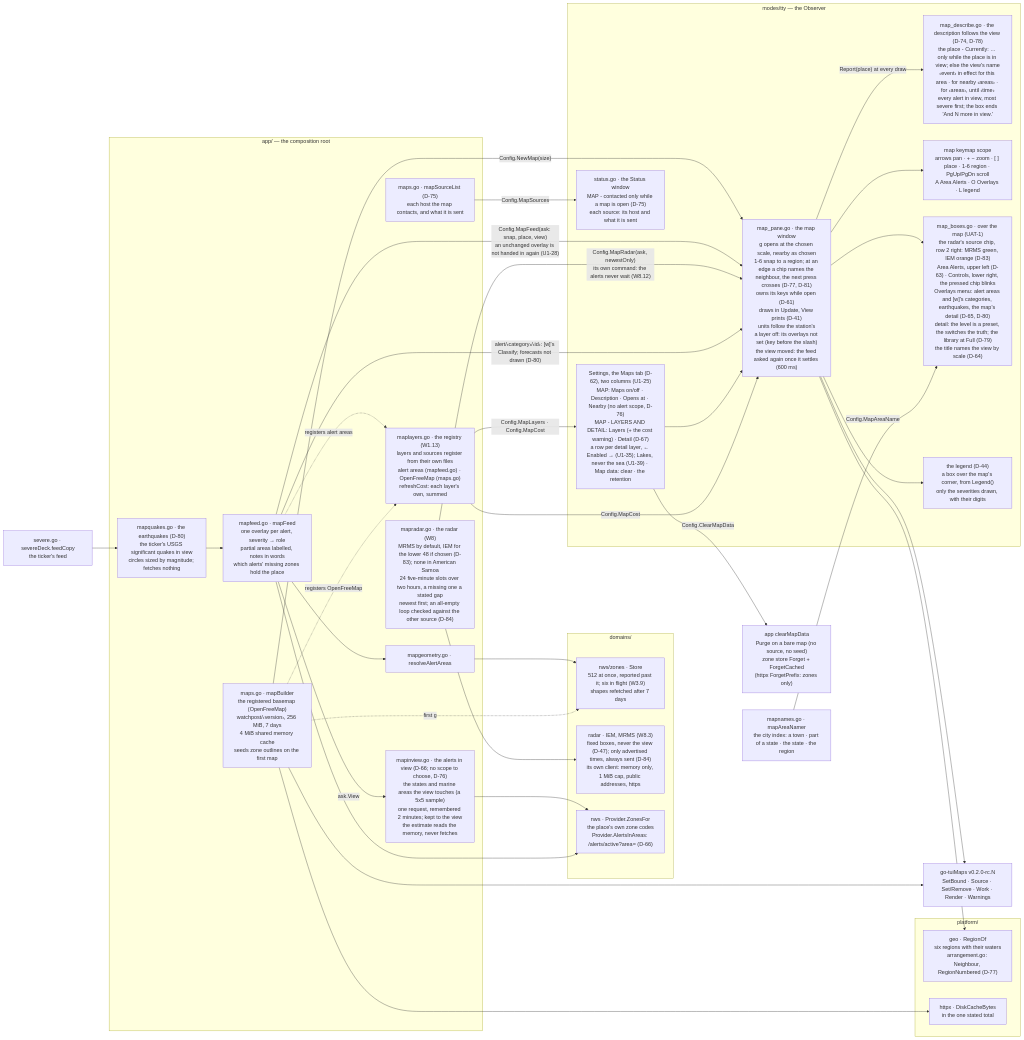
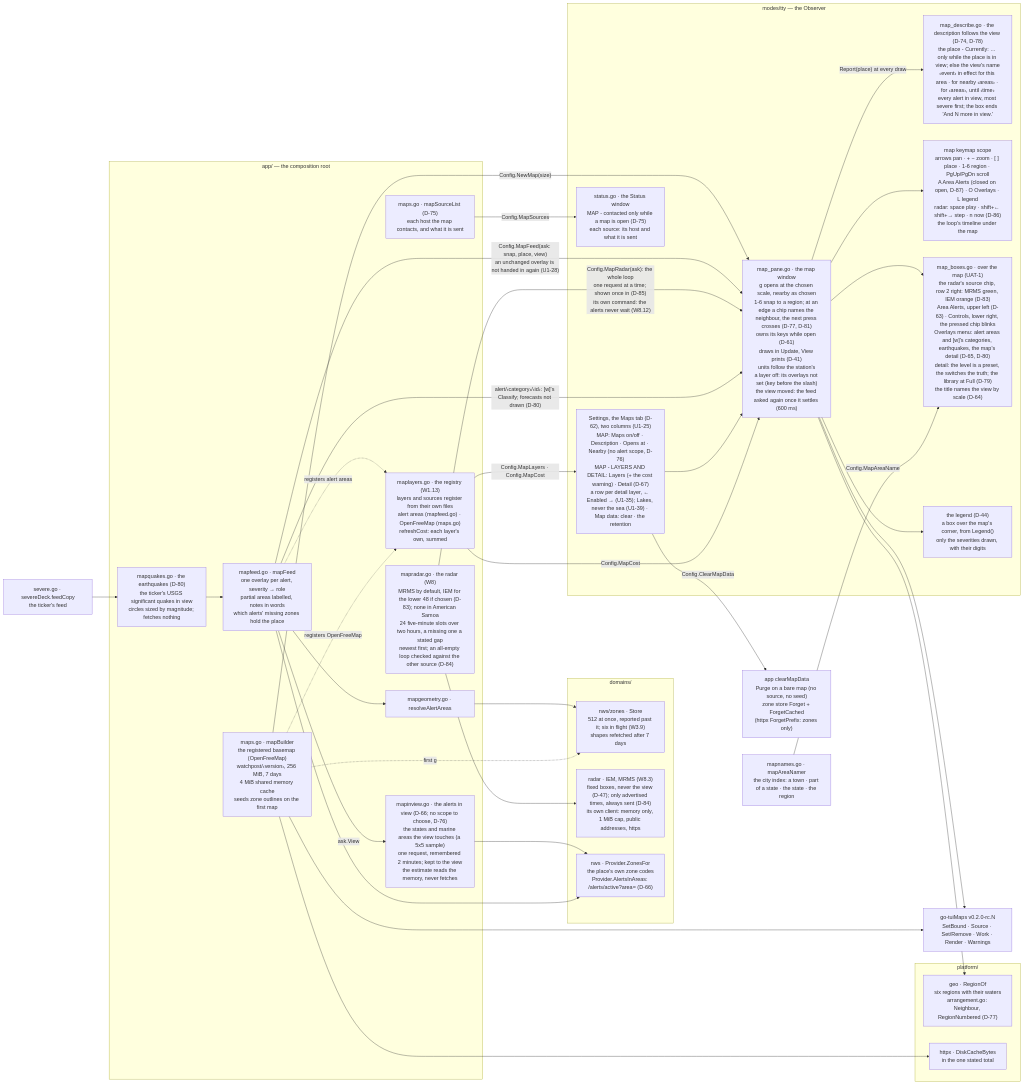
Before and after one commit to branden-thompson/watchpost: the first of 4 diagrams in 06_docs/02_features/observer-maps/03-architecture-design/as-built-map.md, drawn with Mermaid. The commit also changed other lines of this file and 21 other files, not shown here.

First line of the commit message:
0.18.0 batch 20: UAT-2's first pass - radar preloaded; the loop's timeline

````diff
--- a/06_docs/02_features/observer-maps/03-architecture-design/as-built-map.md
+++ b/06_docs/02_features/observer-maps/03-architecture-design/as-built-map.md
@@ -21,58 +21,58 @@
 ```mermaid
 flowchart LR
   subgraph app["app/ — the composition root"]
     MB["maps.go · mapBuilder\nthe registered basemap (OpenFreeMap)\nwatchpost/‹version›, 256 MiB, 7 days\n4 MiB shared memory cache\nseeds zone outlines on the first map"]
     REG["maplayers.go · the registry (W1.13)\nlayers and sources register from their own files\nalert areas (mapfeed.go) · OpenFreeMap (maps.go)\nrefreshCost: each layer's own, summed"]
     MF["mapfeed.go · mapFeed\none overlay per alert, severity → role\npartial areas labelled, notes in words\nwhich alerts' missing zones hold the place"]
     MG["mapgeometry.go · resolveAlertAreas"]
     MV["mapinview.go · the alerts in view (D-66; no scope to choose, D-76)\nthe states and marine areas the view touches (a 5x5 sample)\none request, remembered 2 minutes; kept to the view\nthe estimate reads the memory, never fetches"]
     MS["maps.go · mapSourceList (D-75)\neach host the map contacts, and what it is sent"]
     MQ["mapquakes.go · the earthquakes (D-80)\nthe ticker's USGS significant quakes in view\ncircles sized by magnitude; fetches nothing"]
     MR["mapradar.go · the radar (W8)\nMRMS by default, IEM for the lower 48 if chosen (D-83); none in American Samoa\n24 five-minute slots over two hours, a missing one a stated gap\nnewest first; an all-empty loop checked against the other source (D-84)"]
   end
   subgraph domains["domains/"]
     ZS["nws/zones · Store\n512 at once, reported past it; six in flight (W3.9)\nshapes refetched after 7 days"]
     RD["radar · IEM, MRMS (W8.3)\nfixed boxes, never the view (D-47); only advertised times, always sent (D-84)\nits own client: memory only, 1 MiB cap, public addresses, https"]
     WS["nws · Provider.ZonesFor\nthe place's own zone codes\nProvider.AlertsInAreas: /alerts/active?area= (D-66)"]
   end
   subgraph tty["modes/tty — the Observer"]
     MW["map_pane.go · the map window\ng opens at the chosen scale, nearby as chosen\n1-6 snap to a region; at an edge a chip names the neighbour, the next press crosses (D-77, D-81)\nowns its keys while open (D-61)\ndraws in Update, View prints (D-41)\nunits follow the station's\na layer off: its overlays not set (key before the slash)\nthe view moved: the feed asked again once it settles (600 ms)"]
     MD["map_describe.go · the description follows the view (D-74, D-78)\nthe place - Currently: … only while the place is in view; else the view's name\n‹event› in effect for this area · for nearby ‹areas› · for ‹areas›, until ‹time›\nevery alert in view, most severe first; the box ends 'And N more in view.'"]
-    MK["map keymap scope\narrows pan · + − zoom · [ ] place · 1-6 region · PgUp/PgDn scroll\nA Area Alerts · O Overlays · L legend"]
+    MK["map keymap scope\narrows pan · + − zoom · [ ] place · 1-6 region · PgUp/PgDn scroll\nA Area Alerts (closed on open, D-87) · O Overlays · L legend\nradar: space play · shift+← shift+→ step · n now (D-86)\nthe loop's timeline under the map"]
     BX["map_boxes.go · over the map (UAT-1)\nthe radar's source chip, row 2 right: MRMS green, IEM orange (D-83)\nArea Alerts, upper left (D-63) · Controls, lower right, the pressed chip blinks\nOverlays menu: alert areas and [w]'s categories, earthquakes, the map's detail (D-65, D-80)\ndetail: the level is a preset, the switches the truth; the library at Full (D-79)\nthe title names the view by scale (D-64)"]
     LG["the legend (D-44)\na box over the map's corner, from Legend()\nonly the severities drawn, with their digits"]
     ST2["Settings, the Maps tab (D-62), two columns (U1-25)\nMAP: Maps on/off · Description · Opens at · Nearby (no alert scope, D-76)\nMAP - LAYERS AND DETAIL: Layers (+ the cost warning) · Detail (D-67)\na row per detail layer, ← Enabled → (U1-35); Lakes, never the sea (U1-39) · Map data: clear · the retention"]
     SW["status.go · the Status window\nMAP - contacted only while a map is open (D-75)\neach source: its host and what it is sent"]
   end
   subgraph plat["platform/"]
     RG["geo · RegionOf\nsix regions with their waters\narrangement.go: Neighbour, RegionNumbered (D-77)"]
     HX["httpx · DiskCacheBytes\nin the one stated total"]
   end
   L["go-tuiMaps v0.2.0-rc.N\nSetBound · Source · Set/Remove · Work · Render · Warnings"]
   MB -- "Config.NewMap(size)" --> MW
   MF -- "Config.MapFeed(ask: snap, place, view)\nan unchanged overlay is not handed in again (U1-28)" --> MW
   MF --> MG --> ZS
   MF -- "ask.View" --> MV --> WS
   MR --> RD
-  MR -- "Config.MapRadar(ask, newestOnly)\nits own command: the alerts never wait (W8.12)" --> MW
+  MR -- "Config.MapRadar(ask): the whole loop\none request at a time; shown once in (D-85)\nits own command: the alerts never wait (W8.12)" --> MW
   SD["severe.go · severeDeck.feedCopy\nthe ticker's feed"] --> MQ --> MF
   MF -- "alert/‹category›/‹id›: [w]'s Classify; forecasts not drawn (D-80)" --> MW
   MS -- "Config.MapSources" --> SW
   MF --> WS
   MB -. "first g" .-> ZS
   MW --> RG
   MW --> MK
   MW --> LG
   MW --> BX
   NM["mapnames.go · mapAreaNamer\nthe city index: a town · part of a state · the state · the region"] -- "Config.MapAreaName" --> BX
   ST2 --> MW
   ST2 -- "Config.ClearMapData" --> CL["app clearMapData\nPurge on a bare map (no source, no seed)\nzone store Forget + ForgetCached\n(httpx ForgetPrefix: zones only)"]
   MW -- "Report(place) at every draw" --> MD
   MW --> L
   MB --> L
   MB --> HX
   MF -. "registers alert areas" .-> REG
   MB -. "registers OpenFreeMap" .-> REG
   REG -- "Config.MapLayers · Config.MapCost" --> ST2
   REG -- "Config.MapCost" --> MW
 ```
````
